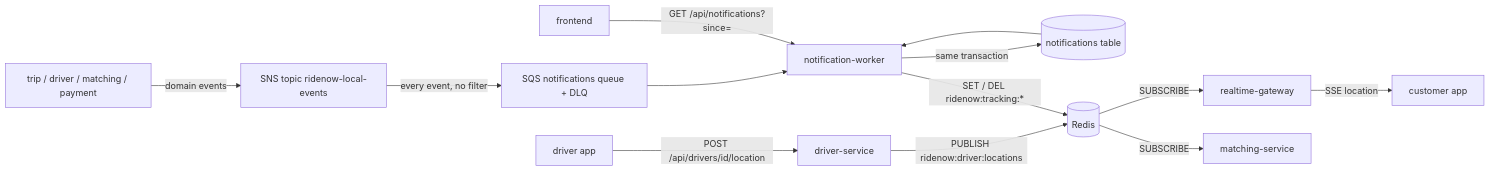
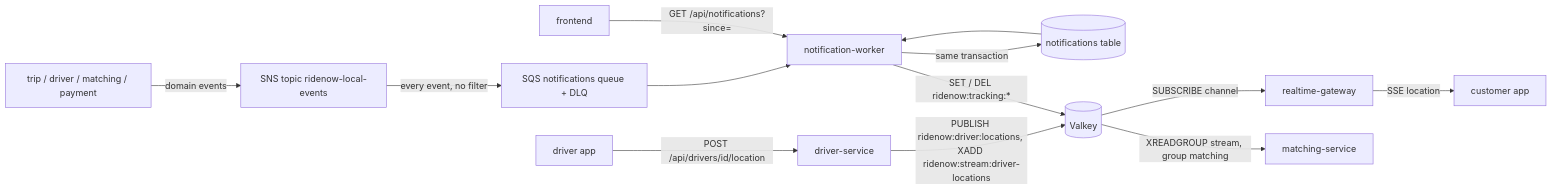
The first of 2 diagrams in docs/REALTIME.md (alixblu/RideNow), drawn with Mermaid before and after one commit. The commit also changed other lines of this file and 51 other files, not shown here.

````diff
--- a/docs/REALTIME.md
+++ b/docs/REALTIME.md
@@ -15,16 +17,16 @@
 ```mermaid
 flowchart LR
   T[trip / driver / matching / payment] -->|domain events| EB[SNS topic ridenow-local-events]
   EB -->|every event, no filter| NQ[SQS notifications queue + DLQ]
   NQ --> NW[notification-worker]
   NW -->|same transaction| DB[(notifications table)]
   FE[frontend] -->|GET /api/notifications?since=| NW
   DB --> NW
 
   DR[driver app] -->|POST /api/drivers/id/location| DS[driver-service]
-  DS -->|PUBLISH ridenow:driver:locations| R[(Redis)]
-  R -->|SUBSCRIBE| GW[realtime-gateway]
-  R -->|SUBSCRIBE| MS[matching-service]
+  DS -->|PUBLISH ridenow:driver:locations, XADD ridenow:stream:driver-locations| R[(Valkey)]
+  R -->|SUBSCRIBE channel| GW[realtime-gateway]
+  R -->|XREADGROUP stream, group matching| MS[matching-service]
   GW -->|SSE location| CU[customer app]
   NW -->|SET / DEL ridenow:tracking:*| R
 ```
````
